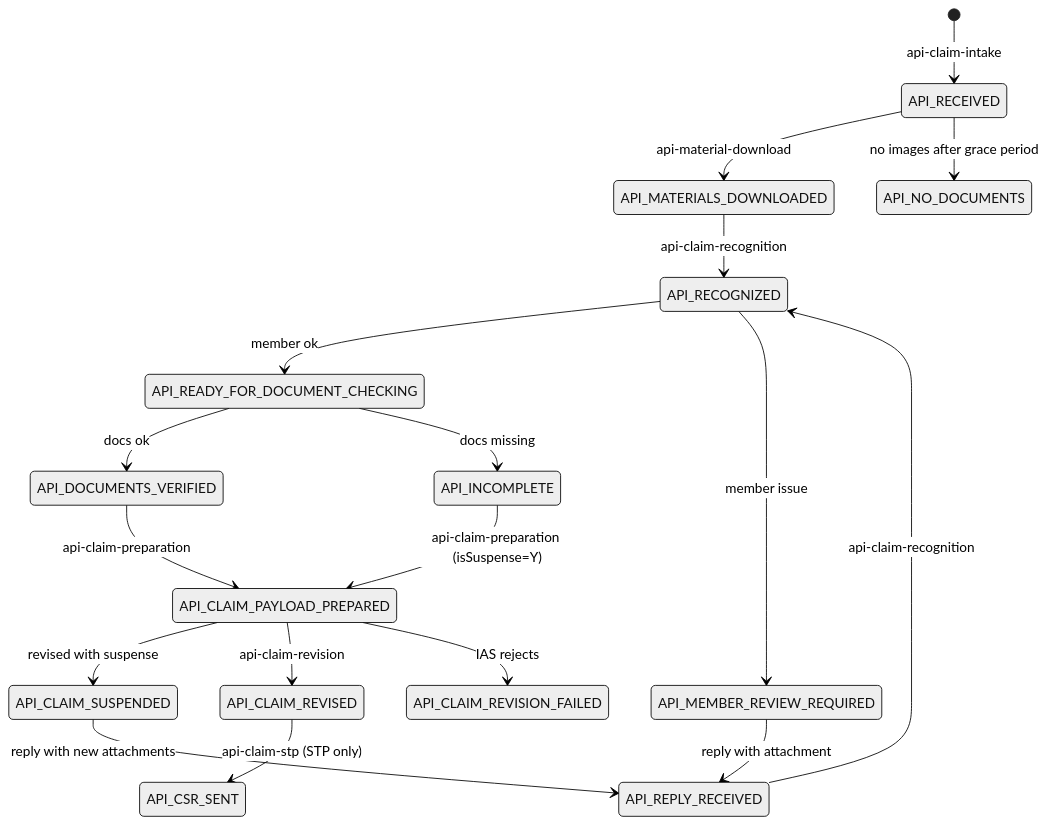
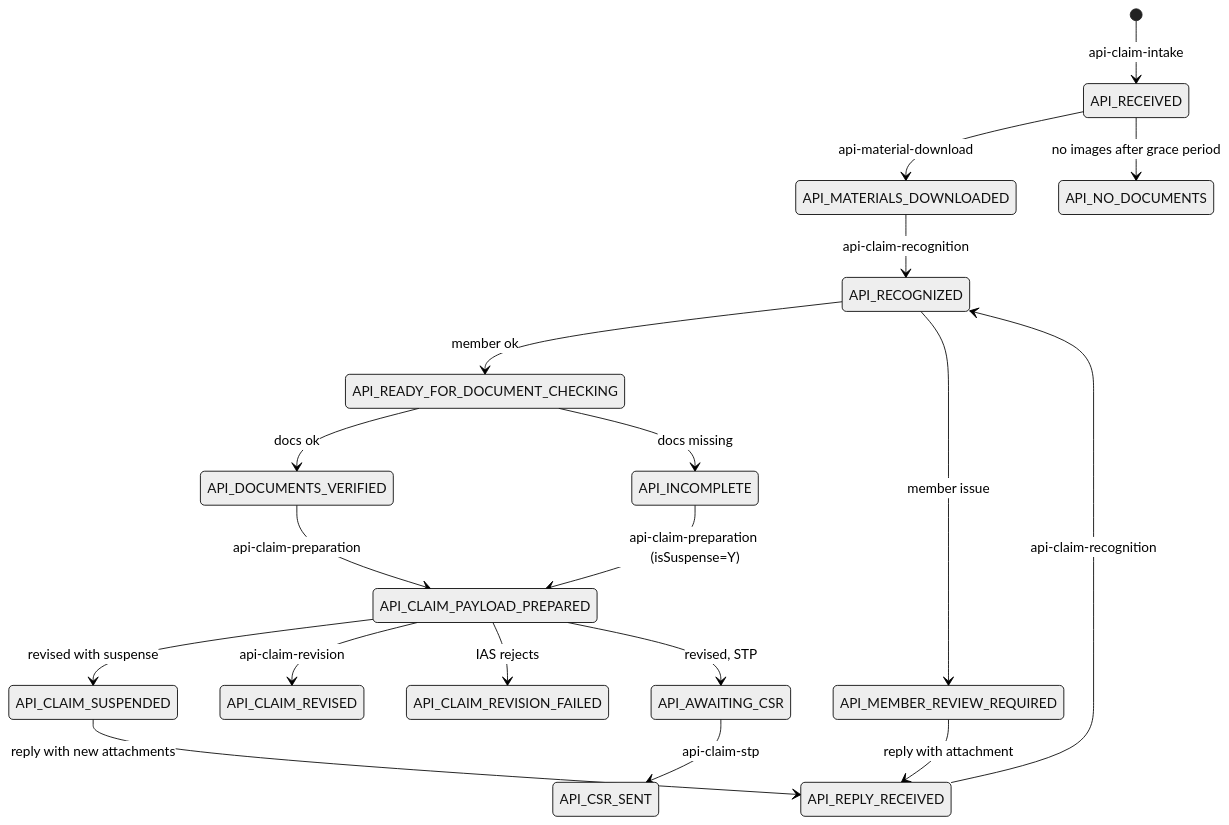
Before and after one commit to stevenyeo99/ulink-admin: the second of 2 diagrams in docs/imp/day1/api-case-workflow.md, drawn with Mermaid (neutral theme). The commit also changed other lines of this file and 23 other files, not shown here.

Commit message:
API - Add claim STP job (CSR download + email); console "Run this step" for single-job debugging

````diff
--- a/docs/imp/day1/api-case-workflow.md
+++ b/docs/imp/day1/api-case-workflow.md
@@ -97,20 +97,21 @@
 ```mermaid
 stateDiagram-v2
   [*] --> API_RECEIVED: api-claim-intake
   API_RECEIVED --> API_MATERIALS_DOWNLOADED: api-material-download
   API_RECEIVED --> API_NO_DOCUMENTS: no images after grace period
   API_MATERIALS_DOWNLOADED --> API_RECOGNIZED: api-claim-recognition
   API_REPLY_RECEIVED --> API_RECOGNIZED: api-claim-recognition
   API_RECOGNIZED --> API_READY_FOR_DOCUMENT_CHECKING: member ok
   API_RECOGNIZED --> API_MEMBER_REVIEW_REQUIRED: member issue
   API_READY_FOR_DOCUMENT_CHECKING --> API_DOCUMENTS_VERIFIED: docs ok
   API_READY_FOR_DOCUMENT_CHECKING --> API_INCOMPLETE: docs missing
   API_INCOMPLETE --> API_CLAIM_PAYLOAD_PREPARED: api-claim-preparation (isSuspense=Y)
   API_CLAIM_PAYLOAD_PREPARED --> API_CLAIM_SUSPENDED: revised with suspense
   API_CLAIM_SUSPENDED --> API_REPLY_RECEIVED: reply with new attachments
   API_MEMBER_REVIEW_REQUIRED --> API_REPLY_RECEIVED: reply with attachment
   API_DOCUMENTS_VERIFIED --> API_CLAIM_PAYLOAD_PREPARED: api-claim-preparation
   API_CLAIM_PAYLOAD_PREPARED --> API_CLAIM_REVISED: api-claim-revision
   API_CLAIM_PAYLOAD_PREPARED --> API_CLAIM_REVISION_FAILED: IAS rejects
-  API_CLAIM_REVISED --> API_CSR_SENT: api-claim-stp (STP only)
+  API_CLAIM_PAYLOAD_PREPARED --> API_AWAITING_CSR: revised, STP
+  API_AWAITING_CSR --> API_CSR_SENT: api-claim-stp
 ```
````
